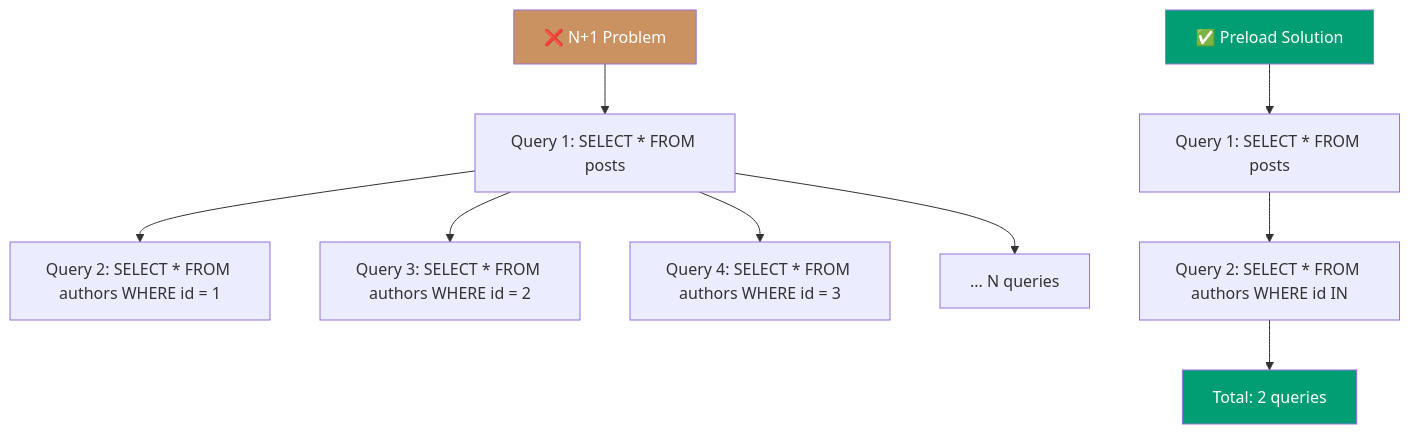
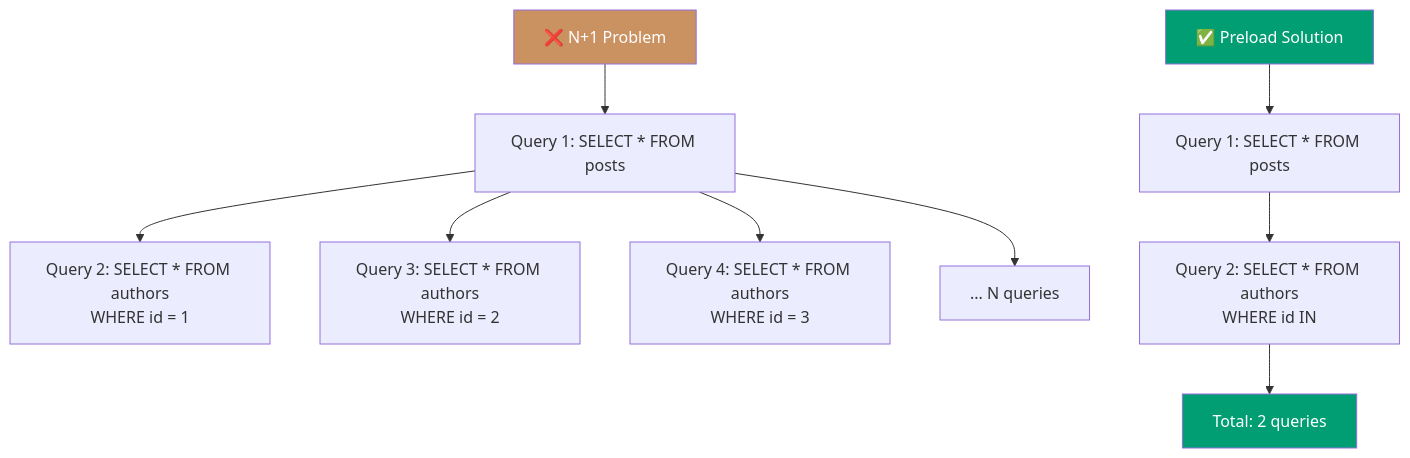
The fourth of 10 diagrams in apps/ayokoding-web/content/en/learn/software-engineering/platforms/web/tools/elixir-phoenix/by-example/advanced.md (wahidyankf/baseerah), drawn with Mermaid before and after one commit. The commit also changed other lines of this file and 17 other files, not shown here.

First line of the commit message:
fix(ci): scope pre-push mermaid check to governance + docs dirs

````diff
--- a/apps/ayokoding-web/content/en/learn/software-engineering/platforms/web/tools/elixir-phoenix/by-example/advanced.md
+++ b/apps/ayokoding-web/content/en/learn/software-engineering/platforms/web/tools/elixir-phoenix/by-example/advanced.md
@@ -547,17 +527,17 @@
 ```mermaid
 %% N+1 problem vs preload solution
 graph TD
     A[❌ N+1 Problem] --> B[Query 1: SELECT * FROM posts]
-    B --> C[Query 2: SELECT * FROM authors WHERE id = 1]
-    B --> D[Query 3: SELECT * FROM authors WHERE id = 2]
-    B --> E[Query 4: SELECT * FROM authors WHERE id = 3]
+    B --> C[Query 2: SELECT * FROM authors<br/>WHERE id = 1]
+    B --> D[Query 3: SELECT * FROM authors<br/>WHERE id = 2]
+    B --> E[Query 4: SELECT * FROM authors<br/>WHERE id = 3]
     B --> F[... N queries]
 
     G[✅ Preload Solution] --> H[Query 1: SELECT * FROM posts]
-    H --> I[Query 2: SELECT * FROM authors WHERE id IN]
+    H --> I[Query 2: SELECT * FROM authors<br/>WHERE id IN]
     I --> J[Total: 2 queries]
 
     style A fill:#CA9161,color:#fff
     style G fill:#029E73,color:#fff
     style J fill:#029E73,color:#fff
 ```
````
